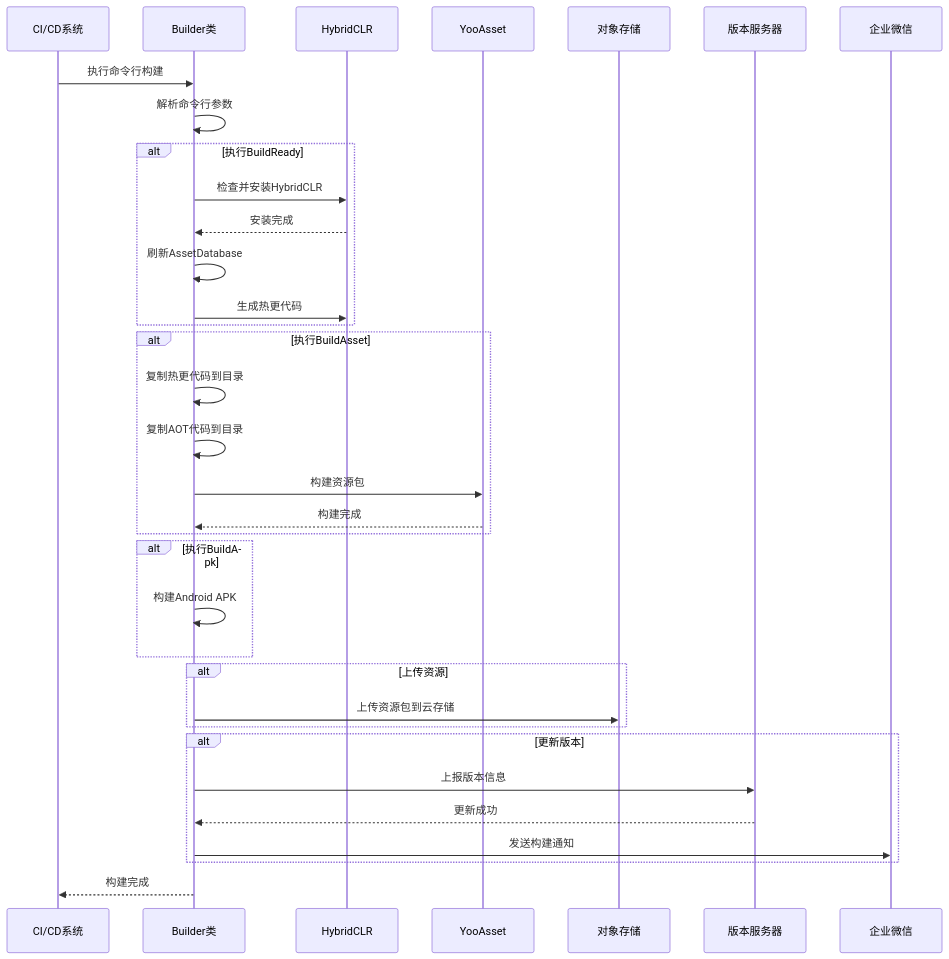
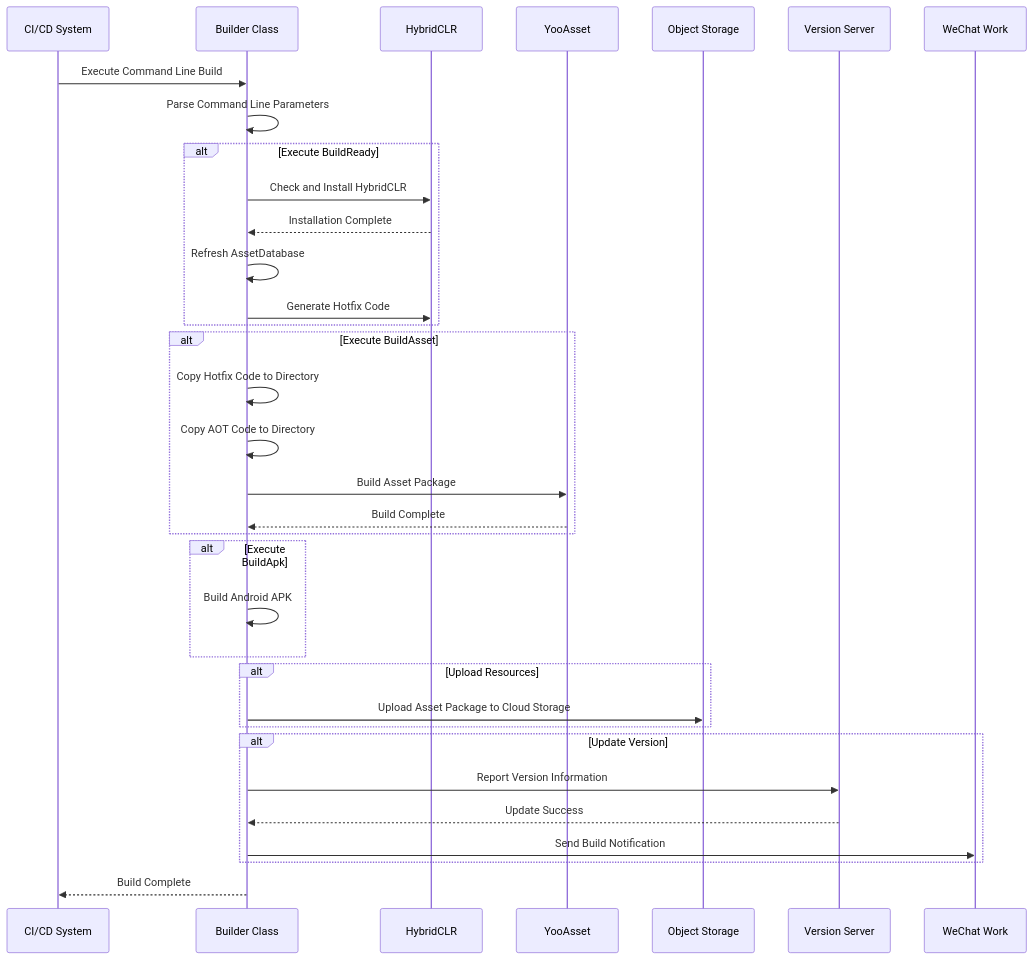
Before and after one commit to AlianBlank/GameFrameX.Docs: the second of 2 diagrams in docs/en/client/unity/component/builder/03.getting-started.md, drawn with Mermaid. The commit also changed other lines of this file and 242 other files, not shown here.

````diff
--- a/docs/en/client/unity/component/builder/03.getting-started.md
+++ b/docs/en/client/unity/component/builder/03.getting-started.md
@@ -69,43 +69,43 @@
 ```mermaid
 sequenceDiagram
-    participant CI as CI/CD系统
-    participant Builder as Builder类
+    participant CI as CI/CD System
+    participant Builder as Builder Class
     participant HybridCLR as HybridCLR
     participant YooAsset as YooAsset
-    participant Storage as 对象存储
-    participant Server as 版本服务器
-    participant WeChat as 企业微信
+    participant Storage as Object Storage
+    participant Server as Version Server
+    participant WeChat as WeChat Work
 
-    CI->>Builder: 执行命令行构建
-    Builder->>Builder: 解析命令行参数
-    
-    alt 执行BuildReady
-        Builder->>HybridCLR: 检查并安装HybridCLR
-        HybridCLR-->>Builder: 安装完成
-        Builder->>Builder: 刷新AssetDatabase
-        Builder->>HybridCLR: 生成热更代码
+    CI->>Builder: Execute Command Line Build
+    Builder->>Builder: Parse Command Line Parameters
+
+    alt Execute BuildReady
+        Builder->>HybridCLR: Check and Install HybridCLR
+        HybridCLR-->>Builder: Installation Complete
+        Builder->>Builder: Refresh AssetDatabase
+        Builder->>HybridCLR: Generate Hotfix Code
     end
-    
-    alt 执行BuildAsset
-        Builder->>Builder: 复制热更代码到目录
-        Builder->>Builder: 复制AOT代码到目录
-        Builder->>YooAsset: 构建资源包
-        YooAsset-->>Builder: 构建完成
+
+    alt Execute BuildAsset
+        Builder->>Builder: Copy Hotfix Code to Directory
+        Builder->>Builder: Copy AOT Code to Directory
+        Builder->>YooAsset: Build Asset Package
+        YooAsset-->>Builder: Build Complete
     end
-    
-    alt 执行BuildApk
-        Builder->>Builder: 构建Android APK
+
+    alt Execute BuildApk
+        Builder->>Builder: Build Android APK
     end
-    
-    alt 上传资源
-        Builder->>Storage: 上传资源包到云存储
+
+    alt Upload Resources
+        Builder->>Storage: Upload Asset Package to Cloud Storage
     end
-    
-    alt 更新版本
-        Builder->>Server: 上报版本信息
-        Server-->>Builder: 更新成功
-        Builder->>WeChat: 发送构建通知
+
+    alt Update Version
+        Builder->>Server: Report Version Information
+        Server-->>Builder: Update Success
+        Builder->>WeChat: Send Build Notification
     end
-    
-    Builder-->>CI: 构建完成
+
+    Builder-->>CI: Build Complete
 ```
````
